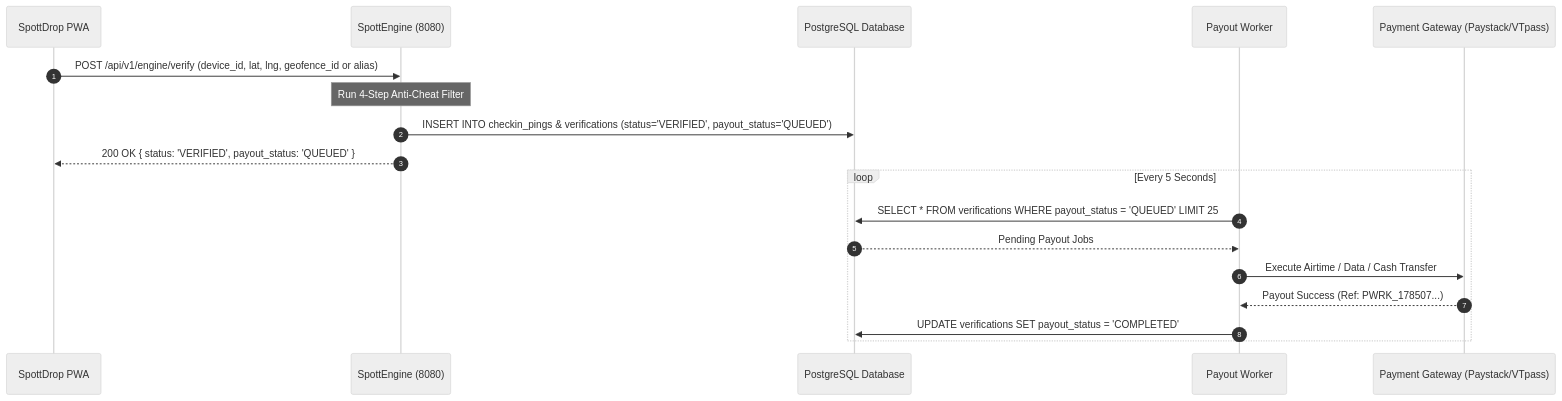
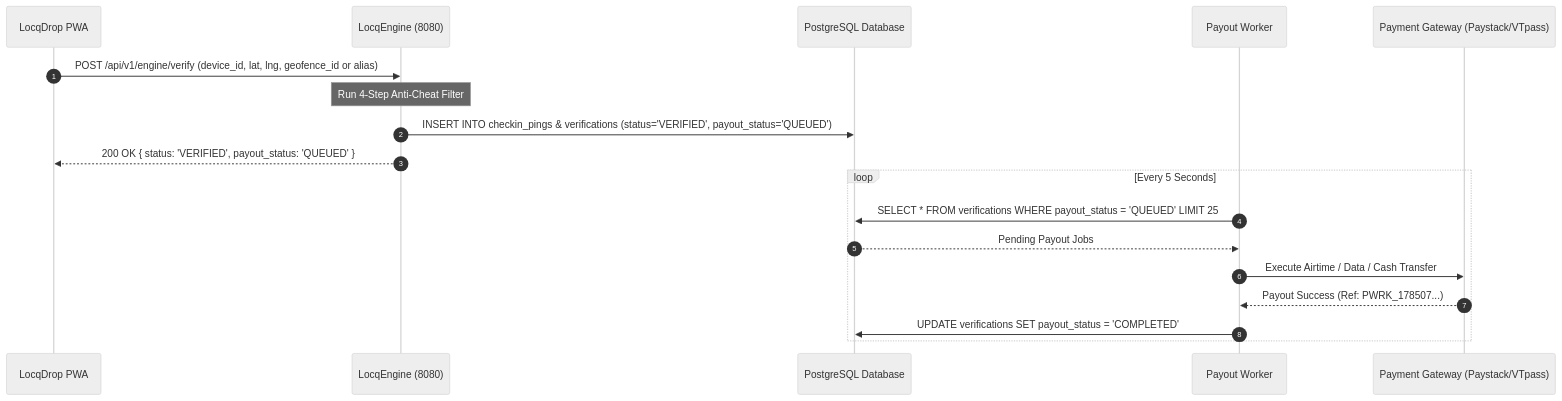
The first of 3 diagrams in docs/architecture/inter_app_communication.md (ArniyhJS/locqgeo), drawn with Mermaid (neutral theme) before and after one commit. The commit also changed other lines of this file and 168 other files, not shown here.

First line of the commit message:
feat(rebrand): rebrand platform from SpottGeo to LocqGeo across monorepo

````diff
--- a/docs/architecture/inter_app_communication.md
+++ b/docs/architecture/inter_app_communication.md
@@ -112,22 +112,22 @@
 ```mermaid
 sequenceDiagram
     autonumber
-    participant Drop as SpottDrop PWA
-    participant Engine as SpottEngine (8080)
+    participant Drop as LocqDrop PWA
+    participant Engine as LocqEngine (8080)
     participant DB as PostgreSQL Database
     participant Worker as Payout Worker
     participant Gateway as Payment Gateway (Paystack/VTpass)
 
     Drop->>Engine: POST /api/v1/engine/verify (device_id, lat, lng, geofence_id or alias)
     Note over Engine: Run 4-Step Anti-Cheat Filter
     Engine->>DB: INSERT INTO checkin_pings & verifications (status='VERIFIED', payout_status='QUEUED')
     Engine-->>Drop: 200 OK { status: 'VERIFIED', payout_status: 'QUEUED' }
 
     loop Every 5 Seconds
         Worker->>DB: SELECT * FROM verifications WHERE payout_status = 'QUEUED' LIMIT 25
         DB-->>Worker: Pending Payout Jobs
         Worker->>Gateway: Execute Airtime / Data / Cash Transfer
         Gateway-->>Worker: Payout Success (Ref: PWRK_178507...)
         Worker->>DB: UPDATE verifications SET payout_status = 'COMPLETED'
     end
 ```
````
